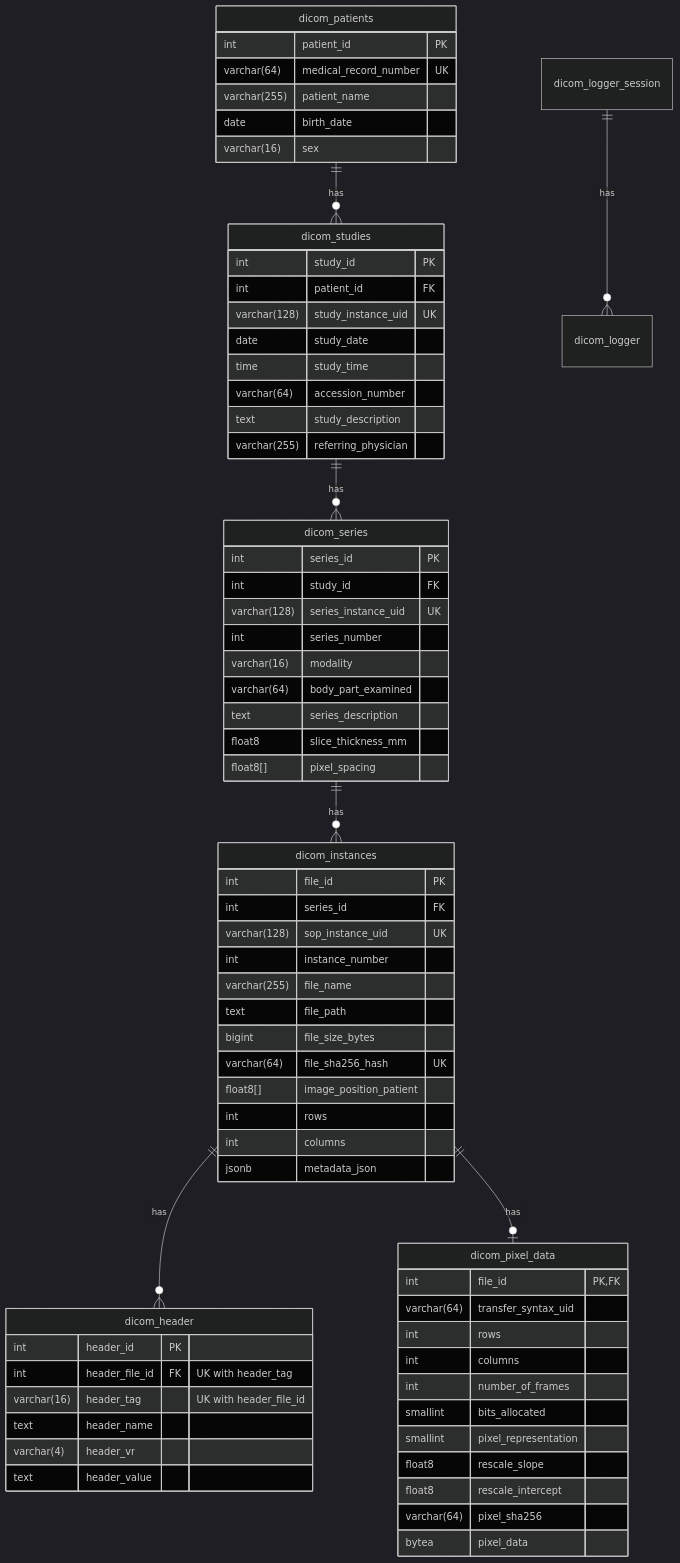
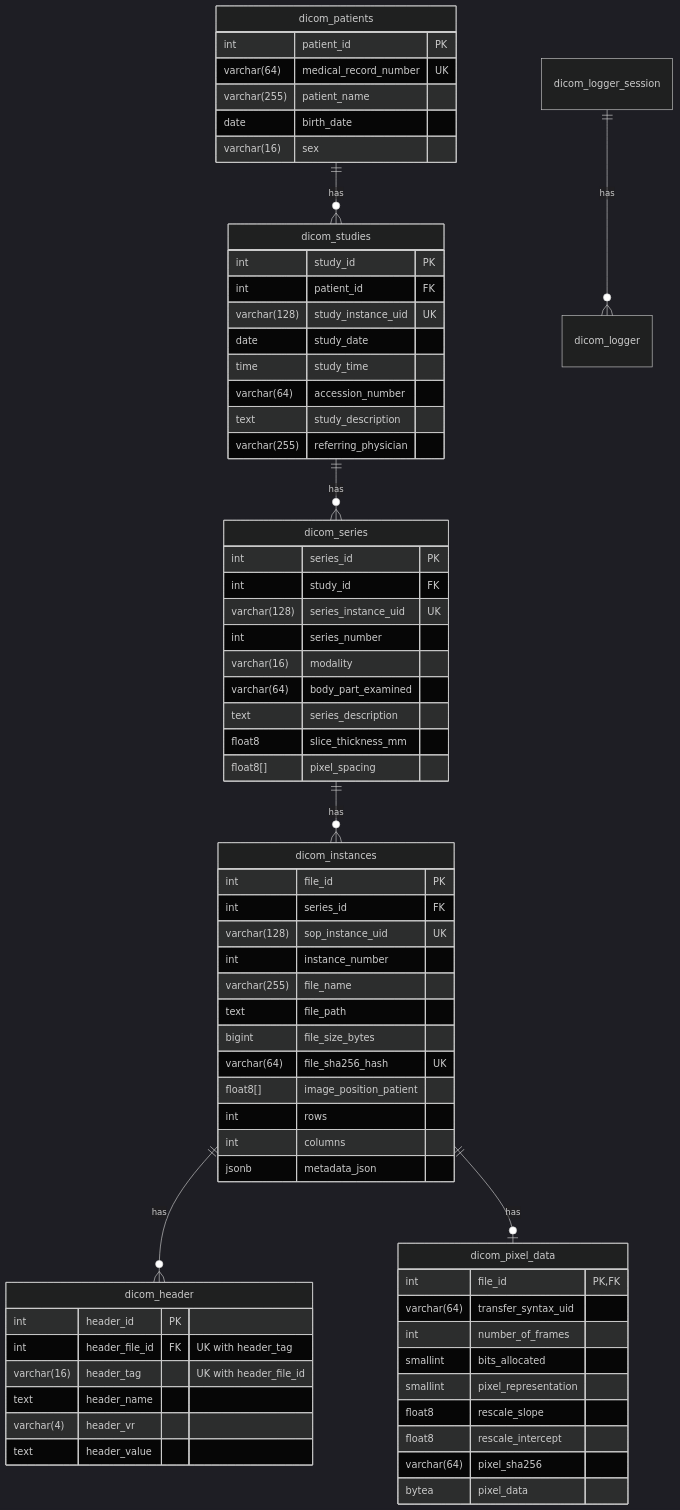
Before and after one commit to vybezy/dcm-data-etl: the third of 3 diagrams in README.md, drawn with Mermaid (dark theme). The commit also changed other lines of this file, not shown here.

````diff
--- a/README.md
+++ b/README.md
@@ -74,73 +133,71 @@
 ```mermaid
 erDiagram
     dicom_patients ||--o{ dicom_studies : has
     dicom_studies  ||--o{ dicom_series  : has
     dicom_series   ||--o{ dicom_instances : has
     dicom_instances ||--o{ dicom_header : has
     dicom_instances ||--o| dicom_pixel_data : has
     dicom_logger_session ||--o{ dicom_logger : has
 
     dicom_patients {
         int patient_id PK
         varchar(64) medical_record_number UK
         varchar(255) patient_name
         date birth_date
         varchar(16) sex
     }
     dicom_studies {
         int study_id PK
         int patient_id FK
         varchar(128) study_instance_uid UK
         date study_date
         time study_time
         varchar(64) accession_number
         text study_description
         varchar(255) referring_physician
     }
     dicom_series {
         int series_id PK
         int study_id FK
         varchar(128) series_instance_uid UK
         int series_number
         varchar(16) modality
         varchar(64) body_part_examined
         text series_description
         float8 slice_thickness_mm
         float8[] pixel_spacing
     }
     dicom_instances {
         int file_id PK
         int series_id FK
         varchar(128) sop_instance_uid UK
         int instance_number
         varchar(255) file_name
         text file_path
         bigint file_size_bytes
         varchar(64) file_sha256_hash UK
         float8[] image_position_patient
         int rows
         int columns
         jsonb metadata_json
     }
     dicom_header {
         int header_id PK
         int header_file_id FK "UK with header_tag"
         varchar(16) header_tag "UK with header_file_id"
         text header_name
         varchar(4) header_vr
         text header_value
     }
     dicom_pixel_data {
         int file_id PK, FK
         varchar(64) transfer_syntax_uid
-        int rows
-        int columns
         int number_of_frames
         smallint bits_allocated
         smallint pixel_representation
         float8 rescale_slope
         float8 rescale_intercept
         varchar(64) pixel_sha256
         bytea pixel_data
     }
 ```
````
